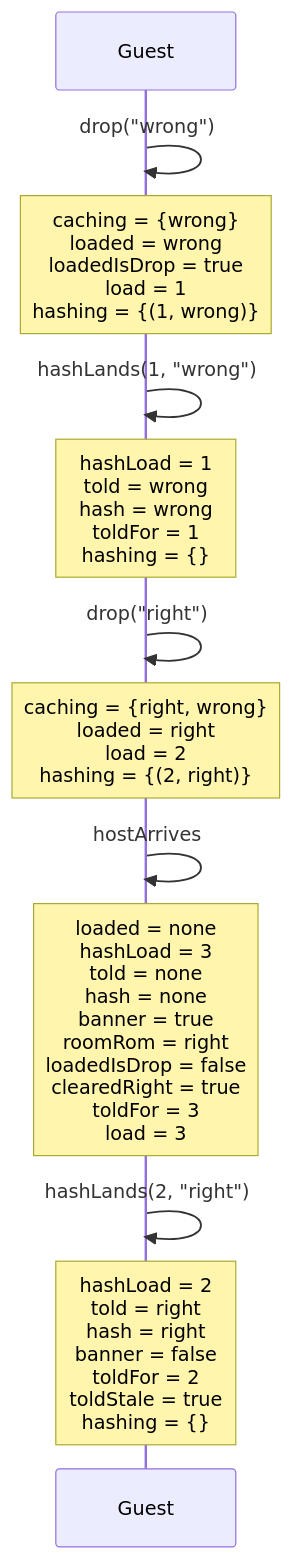
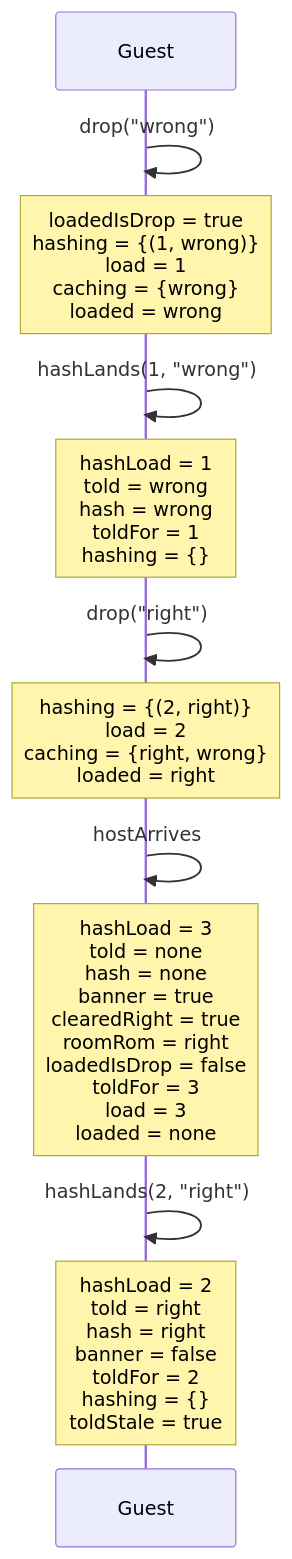
Diagram 18 of 27 in docs/spec-traces.md (kwilson21/kaillera-next), drawn with Mermaid before and after one commit. The commit also changed other lines of this file, not shown here.

````diff
--- a/docs/spec-traces.md
+++ b/docs/spec-traces.md
@@ -528,14 +528,14 @@
 ```mermaid
 sequenceDiagram
   participant Guest
   Guest->>Guest: drop("wrong")
-  Note over Guest: caching = {wrong}<br/>loaded = wrong<br/>loadedIsDrop = true<br/>load = 1<br/>hashing = {(1, wrong)}
+  Note over Guest: loadedIsDrop = true<br/>hashing = {(1, wrong)}<br/>load = 1<br/>caching = {wrong}<br/>loaded = wrong
   Guest->>Guest: hashLands(1, "wrong")
   Note over Guest: hashLoad = 1<br/>told = wrong<br/>hash = wrong<br/>toldFor = 1<br/>hashing = {}
   Guest->>Guest: drop("right")
-  Note over Guest: caching = {right, wrong}<br/>loaded = right<br/>load = 2<br/>hashing = {(2, right)}
+  Note over Guest: hashing = {(2, right)}<br/>load = 2<br/>caching = {right, wrong}<br/>loaded = right
   Guest->>Guest: hostArrives
-  Note over Guest: loaded = none<br/>hashLoad = 3<br/>told = none<br/>hash = none<br/>banner = true<br/>roomRom = right<br/>loadedIsDrop = false<br/>clearedRight = true<br/>toldFor = 3<br/>load = 3
+  Note over Guest: hashLoad = 3<br/>told = none<br/>hash = none<br/>banner = true<br/>clearedRight = true<br/>roomRom = right<br/>loadedIsDrop = false<br/>toldFor = 3<br/>load = 3<br/>loaded = none
   Guest->>Guest: hashLands(2, "right")
-  Note over Guest: hashLoad = 2<br/>told = right<br/>hash = right<br/>banner = false<br/>toldFor = 2<br/>toldStale = true<br/>hashing = {}
+  Note over Guest: hashLoad = 2<br/>told = right<br/>hash = right<br/>banner = false<br/>toldFor = 2<br/>hashing = {}<br/>toldStale = true
 ```
````
